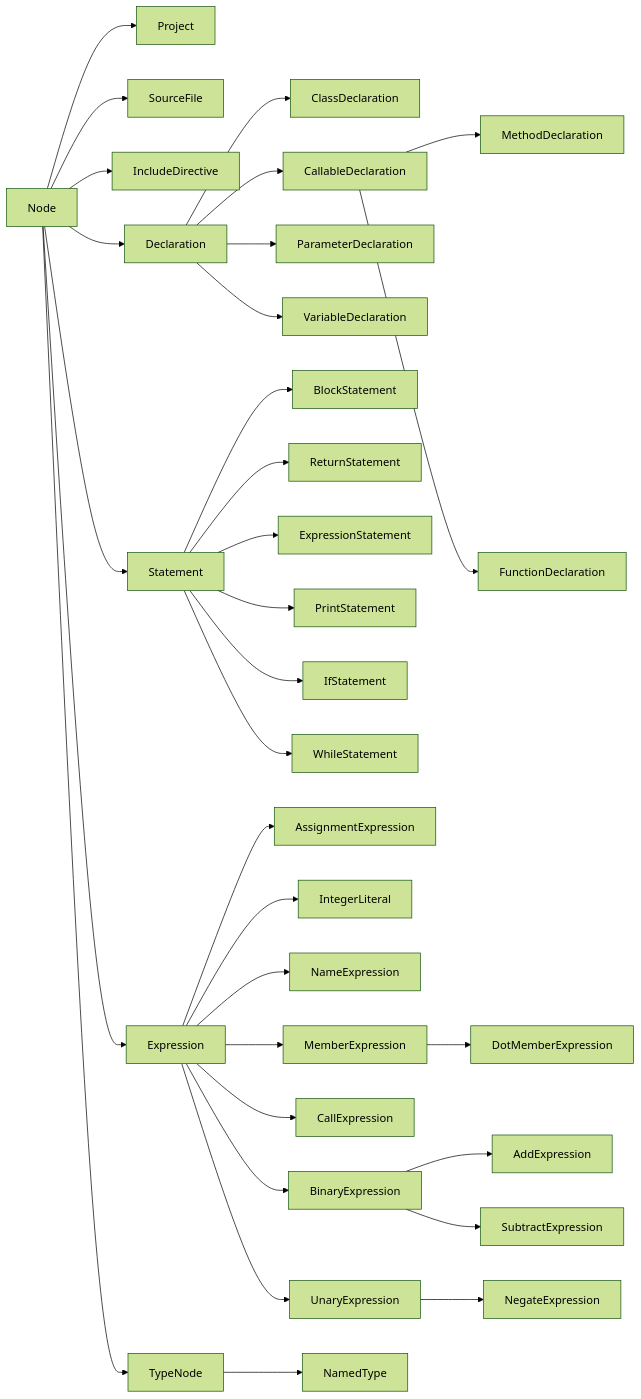
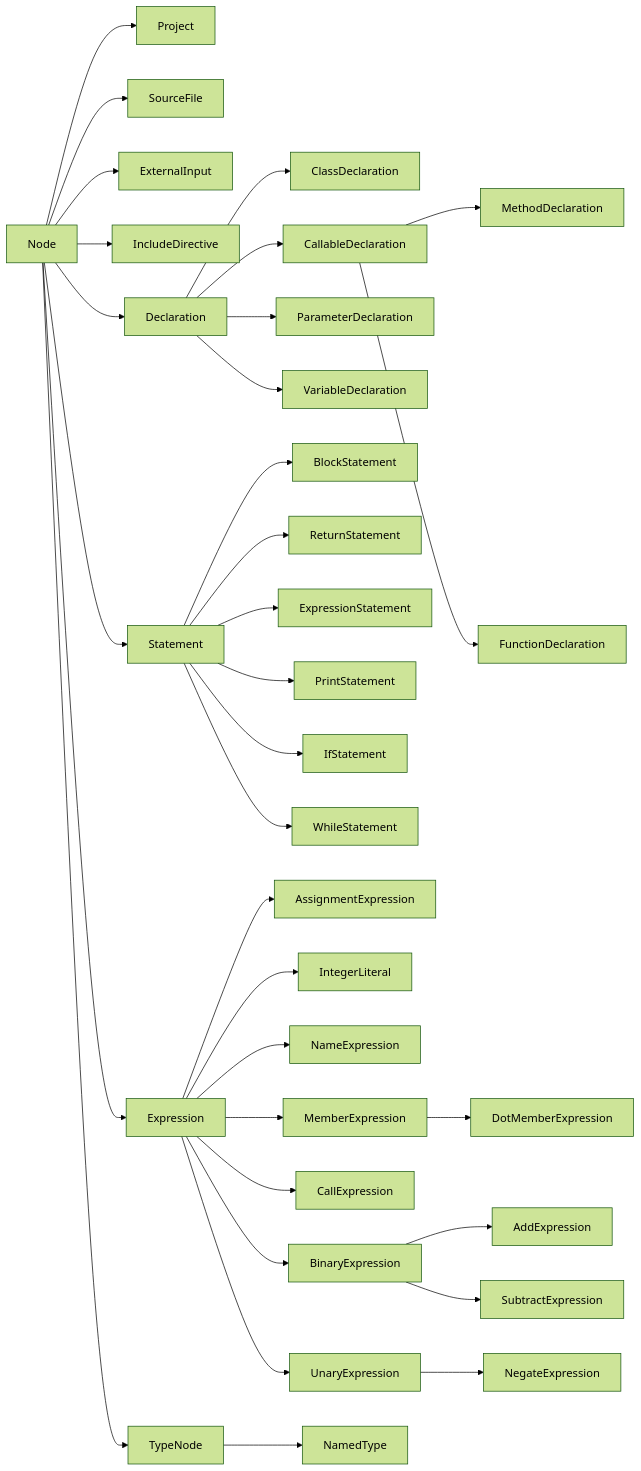
The diagram in docs/node-hierarchy.ru.md (kniazkov/code-property-graph), drawn with Mermaid (forest theme) before and after one commit. The commit also changed other lines of this file and 45 other files, not shown here.

````diff
--- a/docs/node-hierarchy.ru.md
+++ b/docs/node-hierarchy.ru.md
@@ -18,34 +18,35 @@
 ```mermaid
 flowchart LR
     N[Node] --> P[Project]
     N --> F[SourceFile]
+    N --> X[ExternalInput]
     N --> I[IncludeDirective]
     N --> D[Declaration]
     N --> S[Statement]
     N --> E[Expression]
     N --> T[TypeNode]
     D --> DC[ClassDeclaration]
     D --> CD[CallableDeclaration]
     CD --> DM[MethodDeclaration]
     CD --> DF[FunctionDeclaration]
     D --> DP[ParameterDeclaration]
     D --> DV[VariableDeclaration]
     S --> SB[BlockStatement]
     E --> EA[AssignmentExpression]
     S --> SR[ReturnStatement]
     S --> SE[ExpressionStatement]
     S --> SP[PrintStatement]
     S --> SI[IfStatement]
     S --> SW[WhileStatement]
     E --> EL[IntegerLiteral]
     E --> EN[NameExpression]
     E --> EM[MemberExpression]
     E --> EC[CallExpression]
     E --> EB[BinaryExpression]
     E --> EU[UnaryExpression]
     EB --> ADD[AddExpression]
     EB --> SUB[SubtractExpression]
     EU --> NEG[NegateExpression]
     EM --> DOT[DotMemberExpression]
     T --> TN[NamedType]
 ```
````
